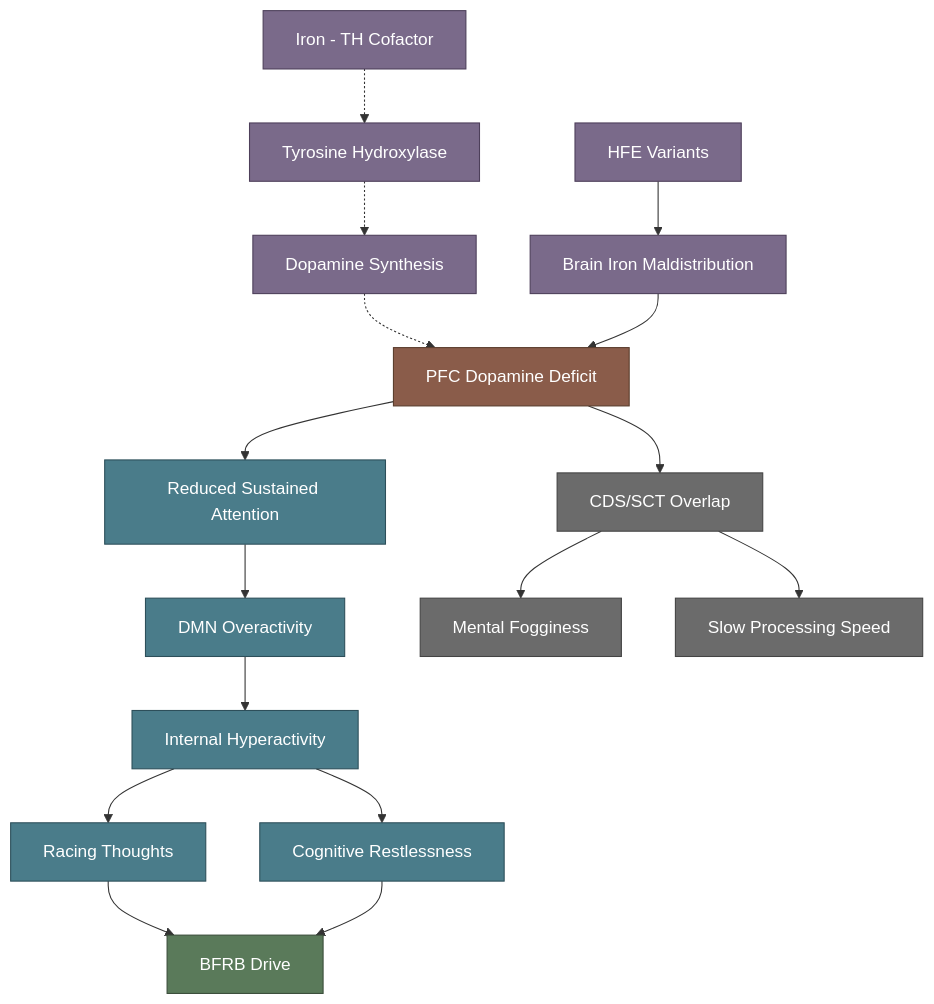
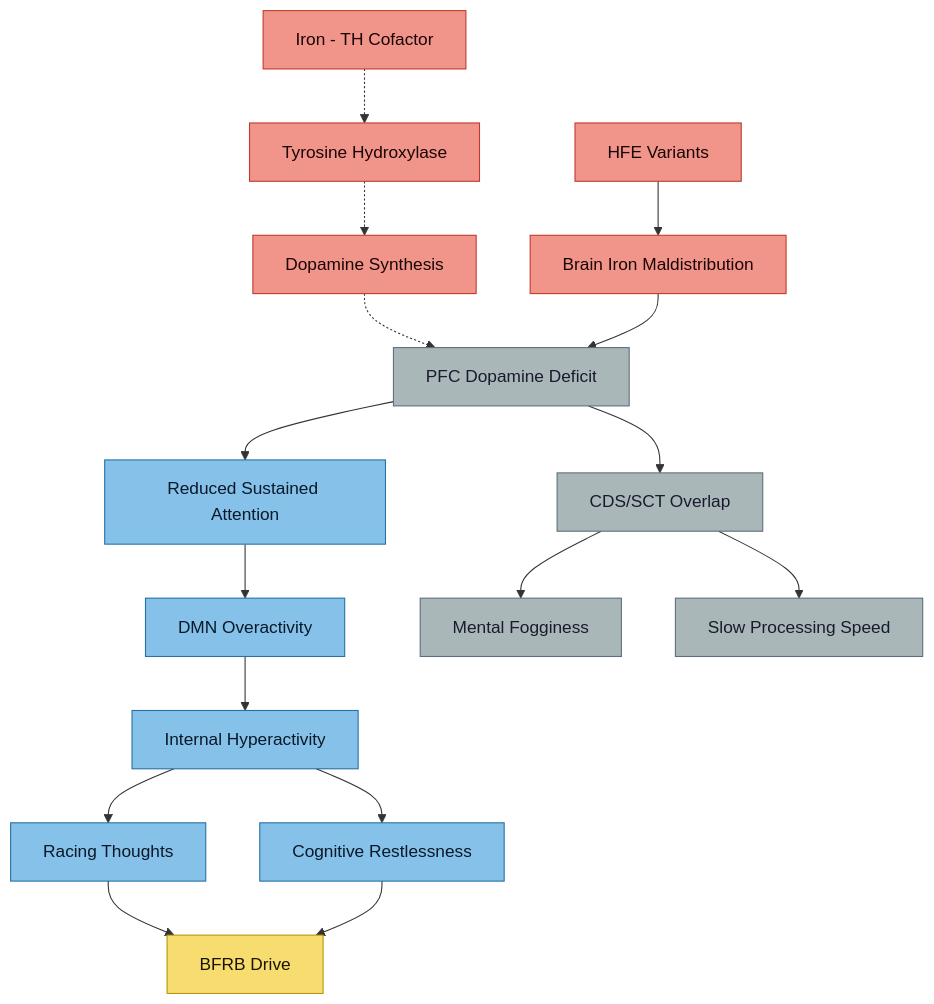
The diagram in neurodevelopment/ADHD-PI and Internal Hyperactivity.md (Aegis-commits/ag-hfe-adhd-asd-research), drawn with Mermaid before and after one commit. The commit also changed 39 other files, not shown here.

First line of the commit message:
docs(vault): standardise diagram colours for light-mode readability, add MOC quick nav

````diff
--- a/neurodevelopment/ADHD-PI and Internal Hyperactivity.md
+++ b/neurodevelopment/ADHD-PI and Internal Hyperactivity.md
@@ -31,35 +31,35 @@
 ```mermaid
 flowchart TD
     A[PFC Dopamine Deficit] --> B[Reduced Sustained Attention]
     A --> C[CDS/SCT Overlap]
 
     B --> D[DMN Overactivity]
     D --> E[Internal Hyperactivity]
     E --> F[Racing Thoughts]
     E --> G[Cognitive Restlessness]
 
     C --> H[Mental Fogginess]
     C --> I[Slow Processing Speed]
 
     J[Iron - TH Cofactor] -.-> K[Tyrosine Hydroxylase]
     K -.-> L[Dopamine Synthesis]
     L -.-> A
 
     M[HFE Variants] --> N[Brain Iron Maldistribution]
     N --> A
 
     F --> O[BFRB Drive]
     G --> O
 
-    classDef deficit fill:#8a5c4a,stroke:#5a3d2d,color:#fff
-    classDef internal fill:#4a7c8a,stroke:#2d4f5a,color:#fff
-    classDef cds fill:#6b6b6b,stroke:#444,color:#fff
-    classDef iron fill:#7a6a8a,stroke:#4d3f5a,color:#fff
-    classDef outcome fill:#5a7a5a,stroke:#3a4d3a,color:#fff
+    classDef deficit fill:#aab7b8,stroke:#5d6d7e,color:#1a1a2e
+    classDef internal fill:#85c1e9,stroke:#2471a3,color:#0a1929
+    classDef cds fill:#aab7b8,stroke:#5d6d7e,color:#1a1a2e
+    classDef iron fill:#f1948a,stroke:#c0392b,color:#1a0505
+    classDef outcome fill:#f7dc6f,stroke:#b7950b,color:#1a1400
 
     class A deficit
     class B,D,E,F,G internal
     class C,H,I cds
     class J,K,L,M,N iron
     class O outcome
 ```
````
